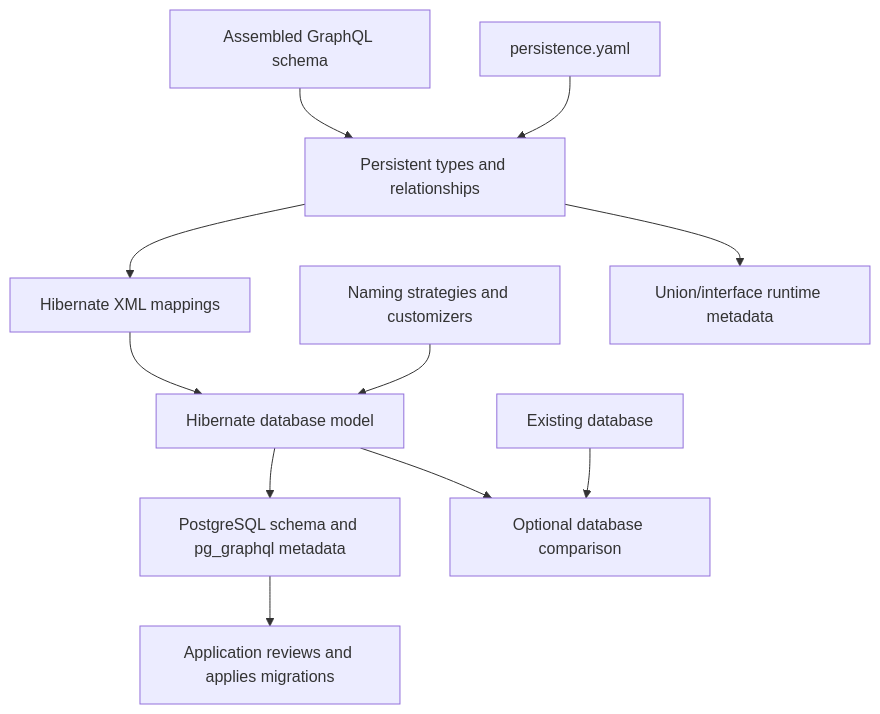
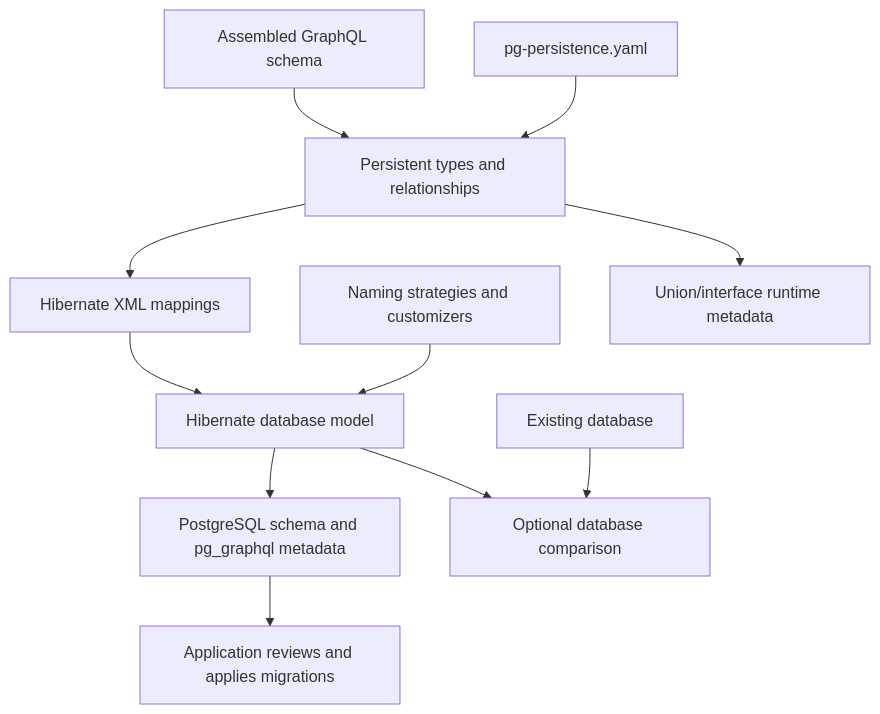
One commit to viaduct-dev/pg-persistence changed the first of 8 diagrams in ARCHITECTURE.md. Above: the diagram before and after it, drawn with Mermaid. The commit also changed other lines of this file and 25 other files, not shown here.

````diff
--- a/ARCHITECTURE.md
+++ b/ARCHITECTURE.md
@@ -34,13 +34,13 @@
 ```mermaid
 flowchart TD
     SDL["Assembled GraphQL schema"] --> Model["Persistent types and relationships"]
-    YAML["persistence.yaml"] --> Model
+    YAML["pg-persistence.yaml"] --> Model
     Model --> Mapping["Hibernate XML mappings"]
     Mapping --> Hibernate["Hibernate database model"]
     Naming["Naming strategies and customizers"] --> Hibernate
     Hibernate --> SQL["PostgreSQL schema and pg_graphql metadata"]
     Hibernate --> Diff["Optional database comparison"]
     Existing["Existing database"] --> Diff
     SQL --> Review["Application reviews and applies migrations"]
     Model --> Abstract["Union/interface runtime metadata"]
 ```
````
